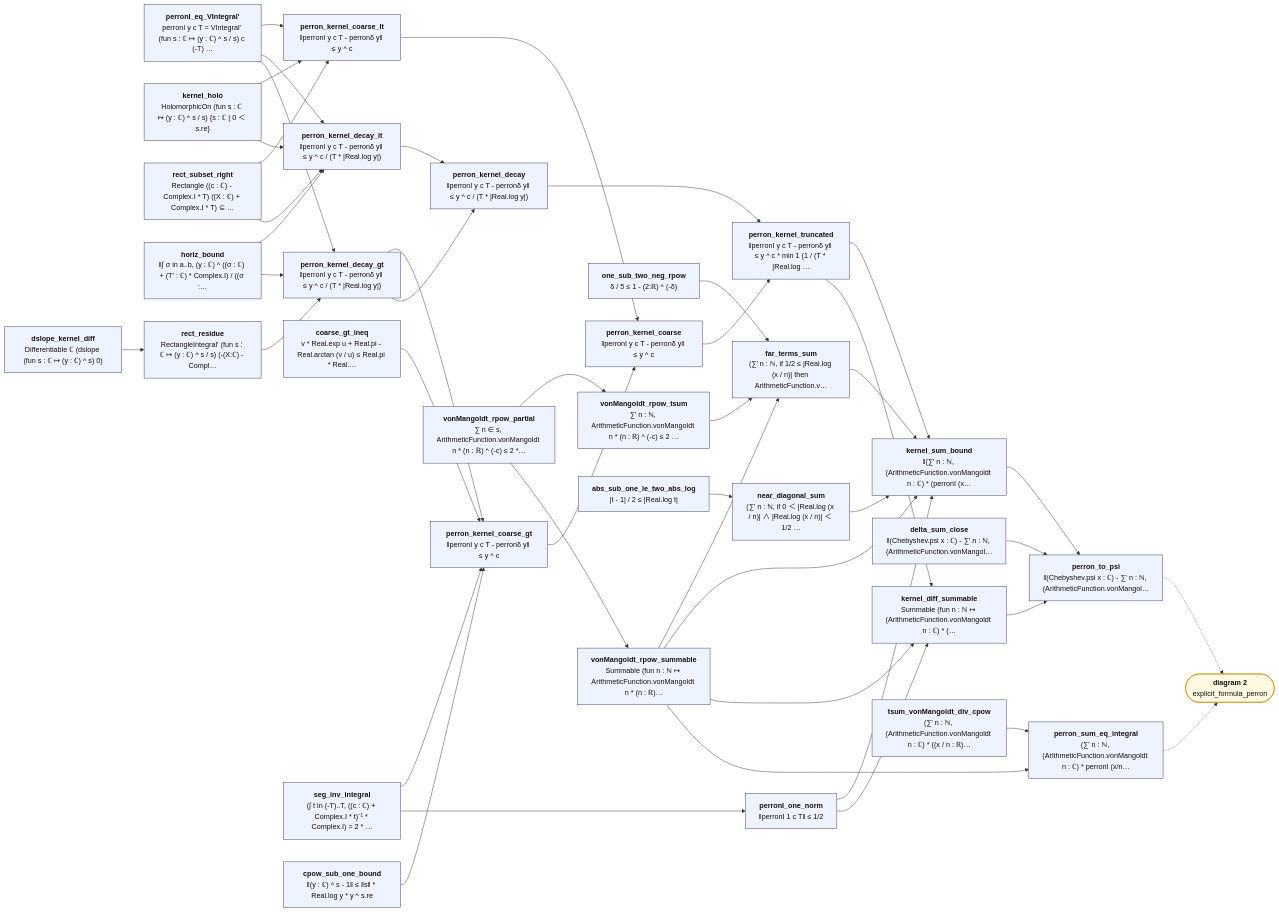
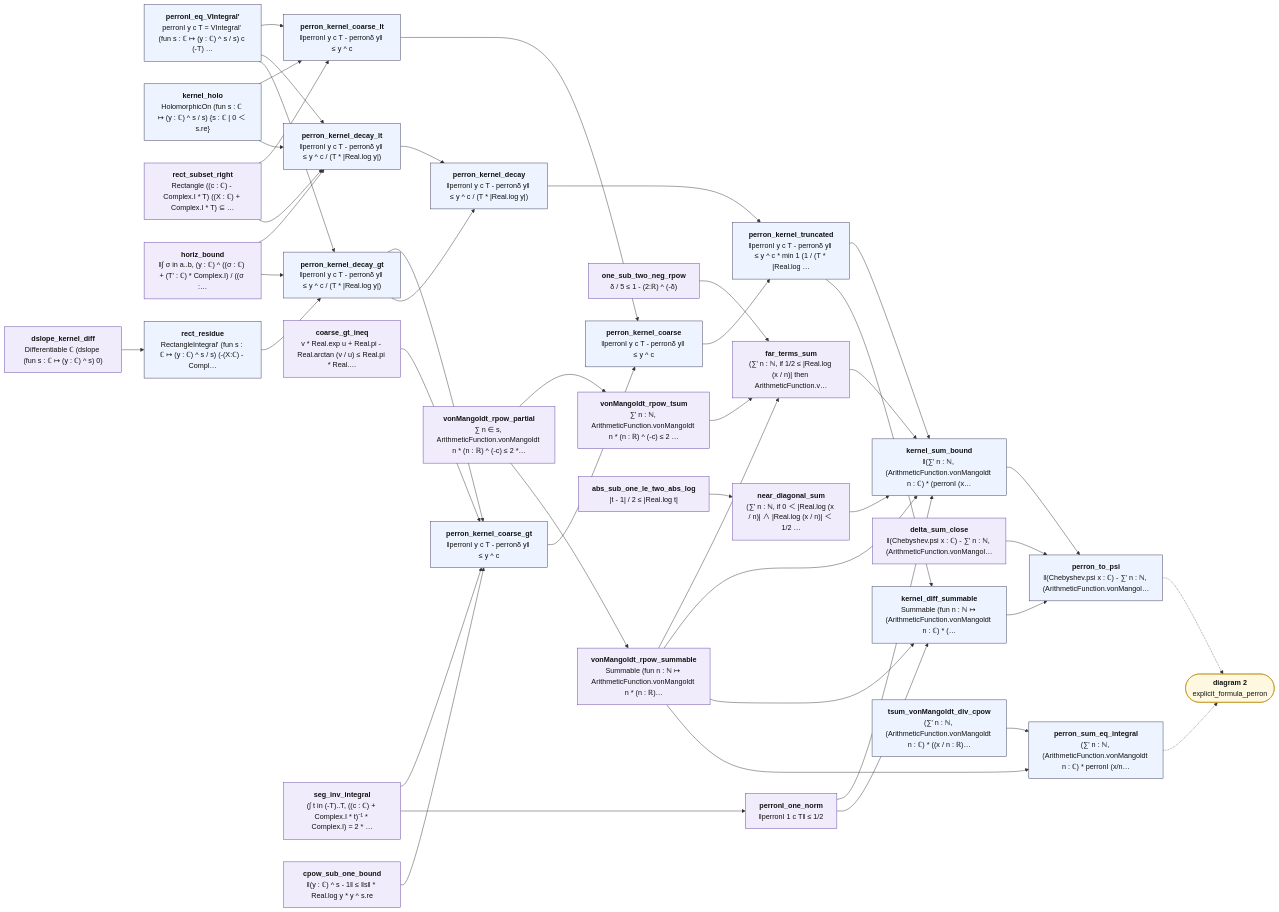
The first of 2 diagrams in map/lean_stage3/PerronKernel.md (juliansambranojr/Primebeat_081426), drawn with Mermaid before and after one commit. The commit also changed other lines of this file and 398 other files, not shown here.

```diff
--- a/map/lean_stage3/PerronKernel.md
+++ b/map/lean_stage3/PerronKernel.md
@@ -15,30 +15,30 @@
 flowchart LR
   n0["<b>perronI_eq_VIntegral'</b><br/>perronI y c T = VIntegral' (fun s : ℂ ↦ (y : ℂ) ^ s / s) c (-T) …"]:::thm
   n1["<b>kernel_holo</b><br/>HolomorphicOn (fun s : ℂ ↦ (y : ℂ) ^ s / s) {s : ℂ | 0 ＜ s.re}"]:::thm
-  n2["<b>rect_subset_right</b><br/>Rectangle ((c : ℂ) - Complex.I * T) ((X : ℂ) + Complex.I * T) ⊆ …"]:::thm
+  n2["<b>rect_subset_right</b><br/>Rectangle ((c : ℂ) - Complex.I * T) ((X : ℂ) + Complex.I * T) ⊆ …"]:::shp
   n3["<b>perron_kernel_coarse_lt</b><br/>‖perronI y c T - perronδ y‖ ≤ y ^ c"]:::thm
-  n4["<b>horiz_bound</b><br/>‖∫ σ in a..b, (y : ℂ) ^ ((σ : ℂ) + (T' : ℂ) * Complex.I) / ((σ :…"]:::thm
+  n4["<b>horiz_bound</b><br/>‖∫ σ in a..b, (y : ℂ) ^ ((σ : ℂ) + (T' : ℂ) * Complex.I) / ((σ :…"]:::shp
   n5["<b>perron_kernel_decay_lt</b><br/>‖perronI y c T - perronδ y‖ ≤ y ^ c / (T * |Real.log y|)"]:::thm
-  n6["<b>dslope_kernel_diff</b><br/>Differentiable ℂ (dslope (fun s : ℂ ↦ (y : ℂ) ^ s) 0)"]:::thm
+  n6["<b>dslope_kernel_diff</b><br/>Differentiable ℂ (dslope (fun s : ℂ ↦ (y : ℂ) ^ s) 0)"]:::shp
   n7["<b>rect_residue</b><br/>RectangleIntegral' (fun s : ℂ ↦ (y : ℂ) ^ s / s) (-(X:ℂ) - Compl…"]:::thm
   n8["<b>perron_kernel_decay_gt</b><br/>‖perronI y c T - perronδ y‖ ≤ y ^ c / (T * |Real.log y|)"]:::thm
   n9["<b>perron_kernel_decay</b><br/>‖perronI y c T - perronδ y‖ ≤ y ^ c / (T * |Real.log y|)"]:::thm
-  n10["<b>coarse_gt_ineq</b><br/>v * Real.exp u + Real.pi - Real.arctan (v / u) ≤ Real.pi * Real.…"]:::thm
-  n11["<b>seg_inv_integral</b><br/>(∫ t in (-T)..T, ((c : ℂ) + Complex.I * t)⁻¹ * Complex.I) = 2 * …"]:::thm
-  n12["<b>cpow_sub_one_bound</b><br/>‖(y : ℂ) ^ s - 1‖ ≤ ‖s‖ * Real.log y * y ^ s.re"]:::thm
+  n10["<b>coarse_gt_ineq</b><br/>v * Real.exp u + Real.pi - Real.arctan (v / u) ≤ Real.pi * Real.…"]:::shp
+  n11["<b>seg_inv_integral</b><br/>(∫ t in (-T)..T, ((c : ℂ) + Complex.I * t)⁻¹ * Complex.I) = 2 * …"]:::shp
+  n12["<b>cpow_sub_one_bound</b><br/>‖(y : ℂ) ^ s - 1‖ ≤ ‖s‖ * Real.log y * y ^ s.re"]:::shp
   n13["<b>perron_kernel_coarse_gt</b><br/>‖perronI y c T - perronδ y‖ ≤ y ^ c"]:::thm
   n14["<b>perron_kernel_coarse</b><br/>‖perronI y c T - perronδ y‖ ≤ y ^ c"]:::thm
   n15["<b>perron_kernel_truncated</b><br/>‖perronI y c T - perronδ y‖ ≤ y ^ c * min 1 (1 / (T * |Real.log …"]:::thm
-  n16["<b>one_sub_two_neg_rpow</b><br/>δ / 5 ≤ 1 - (2:ℝ) ^ (-δ)"]:::thm
-  n17["<b>vonMangoldt_rpow_partial</b><br/>∑ n ∈ s, ArithmeticFunction.vonMangoldt n * (n : ℝ) ^ (-c) ≤ 2 *…"]:::thm
-  n18["<b>vonMangoldt_rpow_tsum</b><br/>∑' n : ℕ, ArithmeticFunction.vonMangoldt n * (n : ℝ) ^ (-c) ≤ 2 …"]:::thm
-  n19["<b>vonMangoldt_rpow_summable</b><br/>Summable (fun n : ℕ ↦ ArithmeticFunction.vonMangoldt n * (n : ℝ)…"]:::thm
-  n20["<b>far_terms_sum</b><br/>(∑' n : ℕ, if 1/2 ≤ |Real.log (x / n)| then ArithmeticFunction.v…"]:::thm
-  n21["<b>abs_sub_one_le_two_abs_log</b><br/>|t - 1| / 2 ≤ |Real.log t|"]:::thm
-  n22["<b>near_diagonal_sum</b><br/>(∑' n : ℕ, if 0 ＜ |Real.log (x / n)| ∧ |Real.log (x / n)| ＜ 1/2 …"]:::thm
-  n23["<b>perronI_one_norm</b><br/>‖perronI 1 c T‖ ≤ 1/2"]:::thm
+  n16["<b>one_sub_two_neg_rpow</b><br/>δ / 5 ≤ 1 - (2:ℝ) ^ (-δ)"]:::shp
+  n17["<b>vonMangoldt_rpow_partial</b><br/>∑ n ∈ s, ArithmeticFunction.vonMangoldt n * (n : ℝ) ^ (-c) ≤ 2 *…"]:::shp
+  n18["<b>vonMangoldt_rpow_tsum</b><br/>∑' n : ℕ, ArithmeticFunction.vonMangoldt n * (n : ℝ) ^ (-c) ≤ 2 …"]:::shp
+  n19["<b>vonMangoldt_rpow_summable</b><br/>Summable (fun n : ℕ ↦ ArithmeticFunction.vonMangoldt n * (n : ℝ)…"]:::shp
+  n20["<b>far_terms_sum</b><br/>(∑' n : ℕ, if 1/2 ≤ |Real.log (x / n)| then ArithmeticFunction.v…"]:::shp
+  n21["<b>abs_sub_one_le_two_abs_log</b><br/>|t - 1| / 2 ≤ |Real.log t|"]:::shp
+  n22["<b>near_diagonal_sum</b><br/>(∑' n : ℕ, if 0 ＜ |Real.log (x / n)| ∧ |Real.log (x / n)| ＜ 1/2 …"]:::shp
+  n23["<b>perronI_one_norm</b><br/>‖perronI 1 c T‖ ≤ 1/2"]:::shp
   n24["<b>kernel_sum_bound</b><br/>‖(∑' n : ℕ, (ArithmeticFunction.vonMangoldt n : ℂ) * (perronI (x…"]:::thm
-  n25["<b>delta_sum_close</b><br/>‖(Chebyshev.psi x : ℂ) - ∑' n : ℕ, (ArithmeticFunction.vonMangol…"]:::thm
+  n25["<b>delta_sum_close</b><br/>‖(Chebyshev.psi x : ℂ) - ∑' n : ℕ, (ArithmeticFunction.vonMangol…"]:::shp
   n26["<b>kernel_diff_summable</b><br/>Summable (fun n : ℕ ↦ (ArithmeticFunction.vonMangoldt n : ℂ) * (…"]:::thm
   n27["<b>perron_to_psi</b><br/>‖(Chebyshev.psi x : ℂ) - ∑' n : ℕ, (ArithmeticFunction.vonMangol…"]:::thm
   n28["<b>tsum_vonMangoldt_div_cpow</b><br/>(∑' n : ℕ, (ArithmeticFunction.vonMangoldt n : ℂ) * ((x / n : ℝ)…"]:::thm
@@ -87,6 +87,9 @@
   n9 --> n15
   n27 -.-> x0
   n29 -.-> x0
+  classDef cnt fill:#dff5ec,stroke:#17694a,color:#111
+  classDef shp fill:#f1ecfb,stroke:#5b3fa0,color:#111
+  classDef rh fill:#ffe5e5,stroke:#c22,color:#111,stroke-width:2px
   classDef thm fill:#eef4ff,stroke:#335,color:#111
   classDef end_ fill:#e7f7e7,stroke:#2a7,color:#111,stroke-width:2px
   classDef lone fill:#fff,stroke:#999,color:#111,stroke-dasharray:4 3
```
